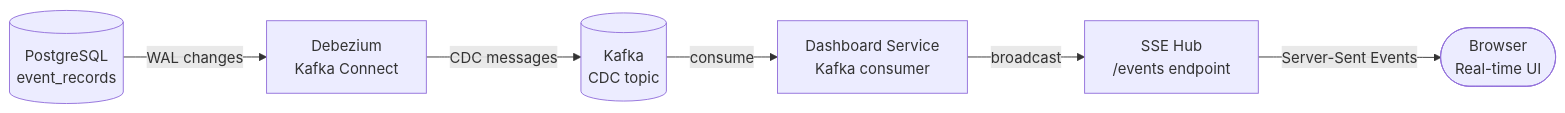
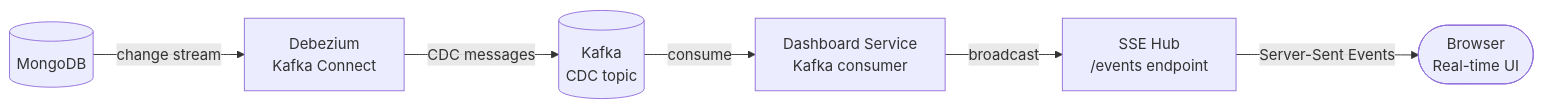
The third of 4 diagrams in README.md (HoseokWon99/eth-indexer), drawn with Mermaid before and after one commit. The commit also changed other lines of this file, not shown here.

````diff
--- a/README.md
+++ b/README.md
@@ -279,15 +272,15 @@
 ```mermaid
 flowchart LR
-    PG[("PostgreSQL\nevent_records")]
+    DB[("MongoDB")]
     DZ["Debezium\nKafka Connect"]
     KF[("Kafka\nCDC topic")]
     DS["Dashboard Service\nKafka consumer"]
     SSE["SSE Hub\n/events endpoint"]
     UI(["Browser\nReal-time UI"])
 
-    PG -- "WAL changes" --> DZ
+    DB -- "change stream" --> DZ
     DZ -- "CDC messages" --> KF
     KF -- "consume" --> DS
     DS -- "broadcast" --> SSE
     SSE -- "Server-Sent Events" --> UI
 ```
````
